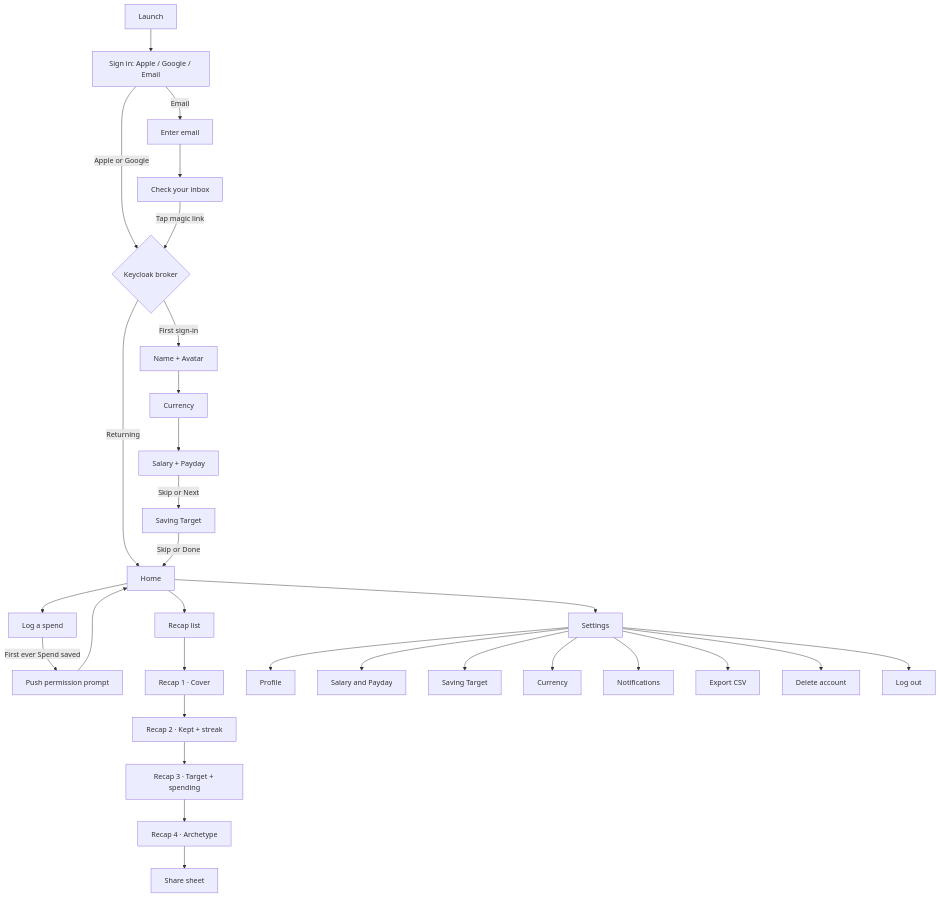
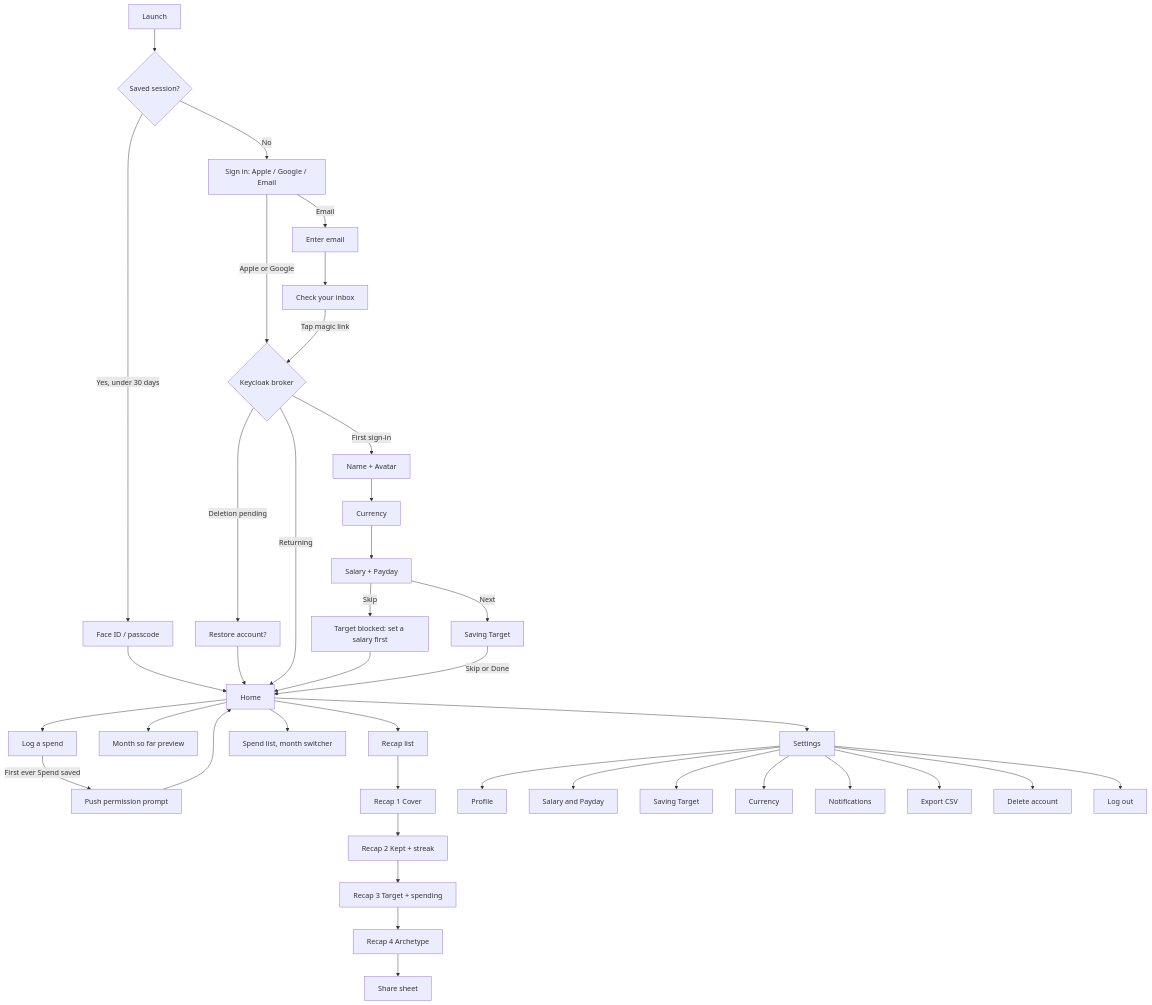
The diagram in docs/PRD.md (ravialdyh/my-money-recap-monorepo), drawn with Mermaid before and after one commit. The commit also changed other lines of this file and 11 other files, not shown here.

````diff
--- a/docs/PRD.md
+++ b/docs/PRD.md
@@ -89,22 +122,28 @@
 ```mermaid
 flowchart TD
-    L[Launch] --> S1[Sign in: Apple / Google / Email]
+    L[Launch] --> SS{Saved session?}
+    SS -->|Yes, under 30 days| BIO[Face ID / passcode] --> H[Home]
+    SS -->|No| S1[Sign in: Apple / Google / Email]
     S1 -->|Apple or Google| K{Keycloak broker}
     S1 -->|Email| S2[Enter email]
     S2 --> S3[Check your inbox]
     S3 -->|Tap magic link| K
+    K -->|Deletion pending| DR[Restore account?] --> H
     K -->|First sign-in| O1[Name + Avatar]
-    K -->|Returning| H[Home]
+    K -->|Returning| H
     O1 --> O2[Currency]
     O2 --> O3[Salary + Payday]
-    O3 -->|Skip or Next| O4[Saving Target]
+    O3 -->|Skip| O4x[Target blocked: set a salary first] --> H
+    O3 -->|Next| O4[Saving Target]
     O4 -->|Skip or Done| H
     H --> LS[Log a spend]
     LS -->|First ever Spend saved| P[Push permission prompt]
     P --> H
+    H --> PV[Month so far preview]
     H --> R[Recap list]
-    R --> R1[Recap 1 · Cover] --> R2[Recap 2 · Kept + streak] --> R3[Recap 3 · Target + spending] --> R4[Recap 4 · Archetype]
+    R --> R1[Recap 1 Cover] --> R2[Recap 2 Kept + streak] --> R3[Recap 3 Target + spending] --> R4[Recap 4 Archetype]
     R4 --> SH[Share sheet]
+    H --> SP[Spend list, month switcher]
     H --> ST[Settings]
     ST --> ST1[Profile] & ST2[Salary and Payday] & ST3[Saving Target] & ST4[Currency] & ST5[Notifications] & ST6[Export CSV] & ST7[Delete account] & ST8[Log out]
 ```
````
